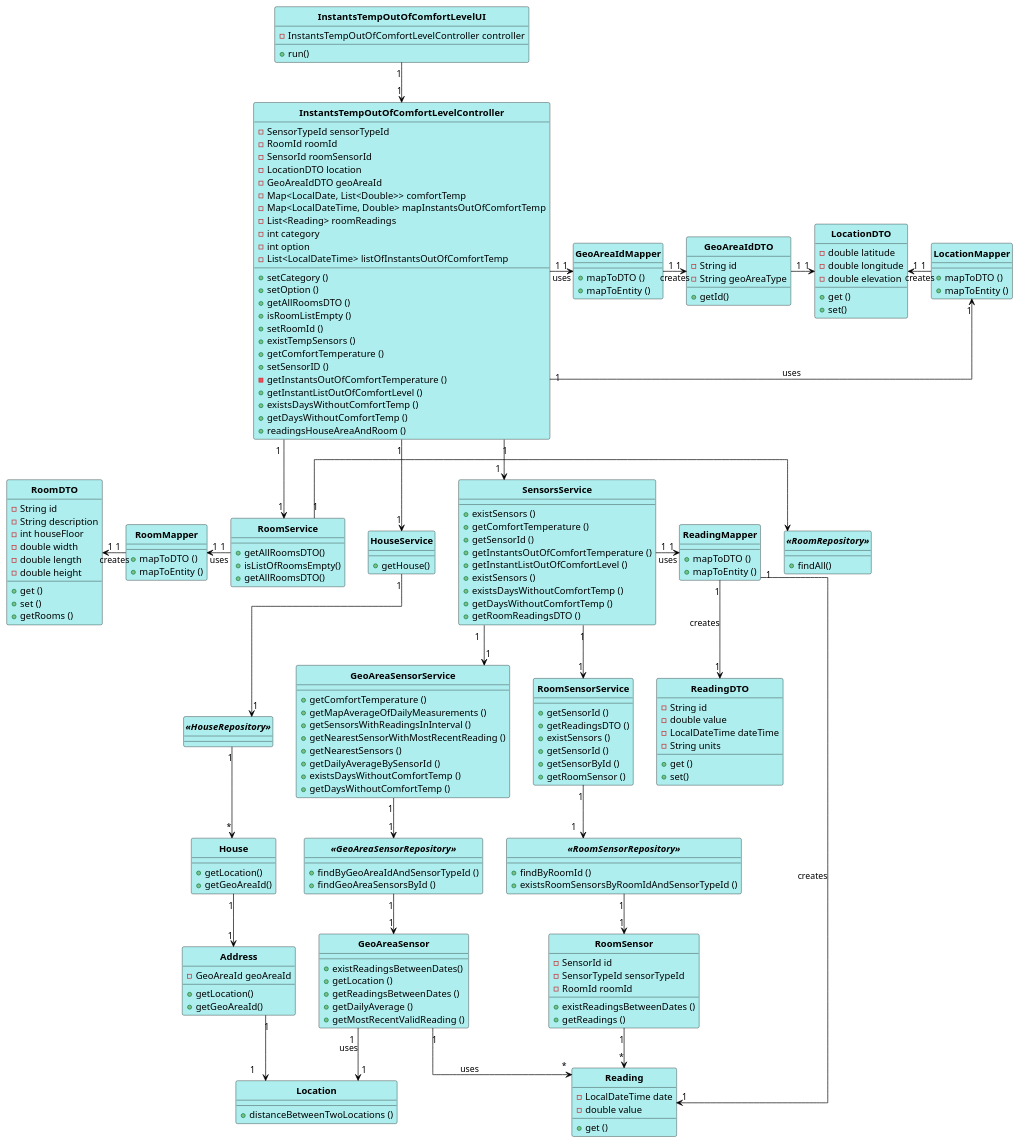
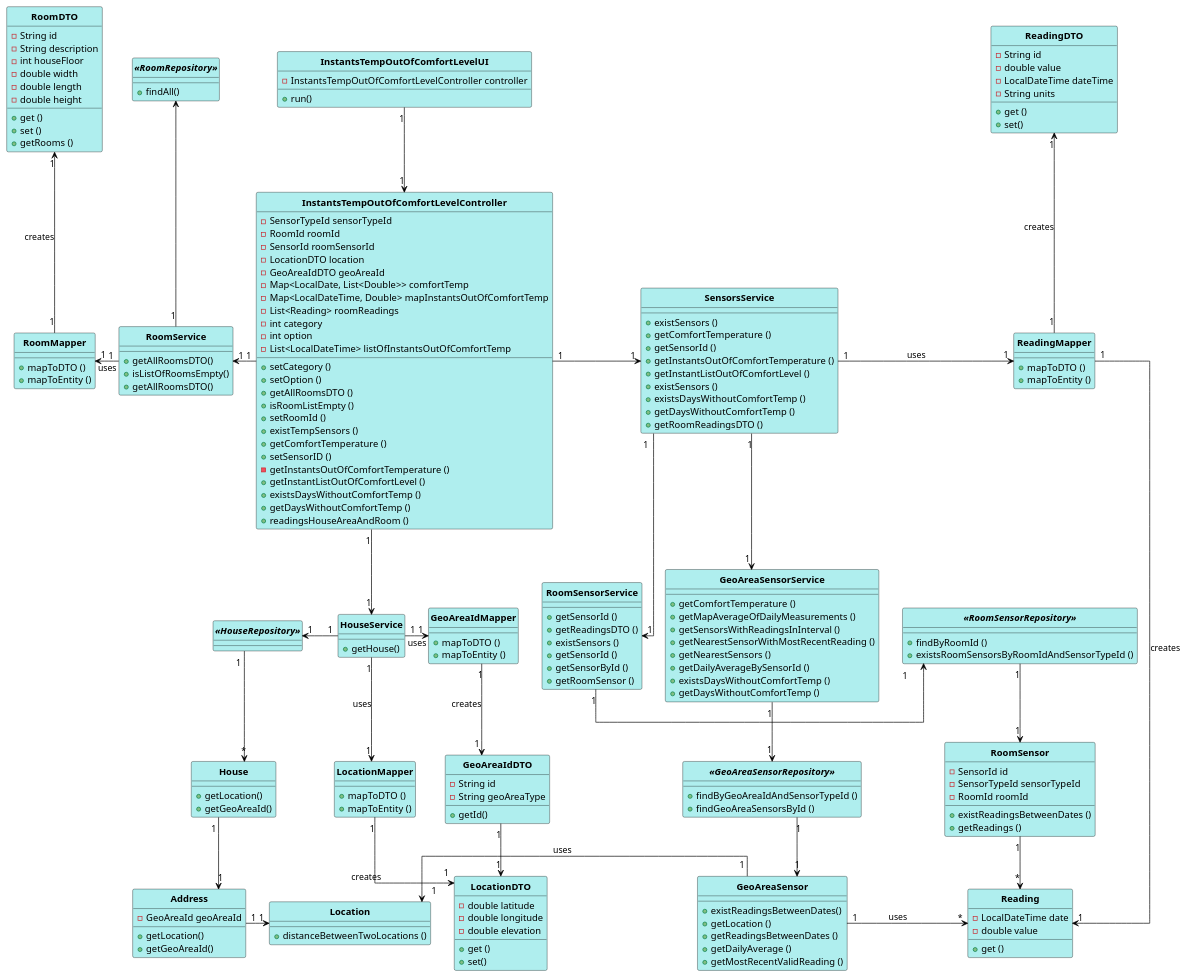
The diagram in src/main/java/pt/ipp/isep/dei/project/controllers/instantstempoutofcomfortlevelcontroller/CD_InstantsTempOutOfComfortLevel.puml (1181687/hateoasToy), drawn with PlantUML before and after one commit. The commit also changed 1 other file, not shown here.

Commit message:
Fixes #233 - completing class diagram

```diff
--- a/src/main/java/pt/ipp/isep/dei/project/controllers/instantstempoutofcomfortlevelcontroller/CD_InstantsTempOutOfComfortLevel.puml
+++ b/src/main/java/pt/ipp/isep/dei/project/controllers/instantstempoutofcomfortlevelcontroller/CD_InstantsTempOutOfComfortLevel.puml
@@ -14,30 +14,30 @@
 
 InstantsTempOutOfComfortLevelUI "1" --> "1" InstantsTempOutOfComfortLevelController
 InstantsTempOutOfComfortLevelController "1" --> "1" HouseService
-InstantsTempOutOfComfortLevelController "1" --> "1" "RoomService"
-InstantsTempOutOfComfortLevelController "1" --> "1" SensorsService
+InstantsTempOutOfComfortLevelController "1" -left-> "1" "RoomService"
+InstantsTempOutOfComfortLevelController "1" -> "1" SensorsService
 SensorsService "1" --> "1" RoomSensorService
 SensorsService "1" --> "1" GeoAreaSensorService
-RoomSensorService "1" --> "1" "<<RoomSensorRepository>>"
+RoomSensorService "1" -left-> "1" "<<RoomSensorRepository>>"
 "<<RoomSensorRepository>>" "1" --> "1" RoomSensor
 RoomSensor "1" --> "*" Reading
 GeoAreaSensorService "1" --> "1" "<<GeoAreaSensorRepository>>"
 "<<GeoAreaSensorRepository>>" "1" --> "1" GeoAreaSensor
-GeoAreaSensor "1" --> "1" Location: uses
-GeoAreaSensor "1" --> "*" Reading: uses
-HouseService "1" --> "1" "<<HouseRepository>>"
+GeoAreaSensor "1" -left-> "1" Location: uses
+GeoAreaSensor "1" -right-> "*" Reading: uses
+HouseService "1" -left-> "1" "<<HouseRepository>>"
 "<<HouseRepository>>" "1" --> "*" House
-RoomService "1" -> "<<RoomRepository>>"
+RoomService "1" -up-> "<<RoomRepository>>"
 House "1" --> "1" Address
-Address "1" --> "1" Location
+Address "1" -right-> "1" Location
 SensorsService "1" -> "1" ReadingMapper: uses
 ReadingMapper "1" -> "1" Reading: creates
-ReadingMapper "1" --> "1" ReadingDTO: creates
+ReadingMapper "1" -up-> "1" ReadingDTO: creates
 RoomService "1" -left-> "1" RoomMapper: uses
-RoomMapper "1" -left-> "1" RoomDTO: creates
-InstantsTempOutOfComfortLevelController "1" -right-> "1" LocationMapper: uses
-LocationMapper "1" -up> "1" LocationDTO: creates
-InstantsTempOutOfComfortLevelController "1" -right-> "1" GeoAreaIdMapper: uses
+RoomMapper "1" -up-> "1" RoomDTO: creates
+HouseService "1" --> "1" LocationMapper: uses
+LocationMapper "1" -down-> "1" LocationDTO: creates
+HouseService "1" -> "1" GeoAreaIdMapper: uses
 GeoAreaIdMapper "1" -> "1" GeoAreaIdDTO: creates
 GeoAreaIdDTO "1" -> "1" LocationDTO
 
```
